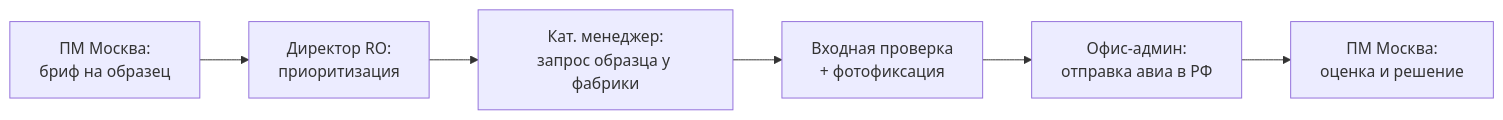
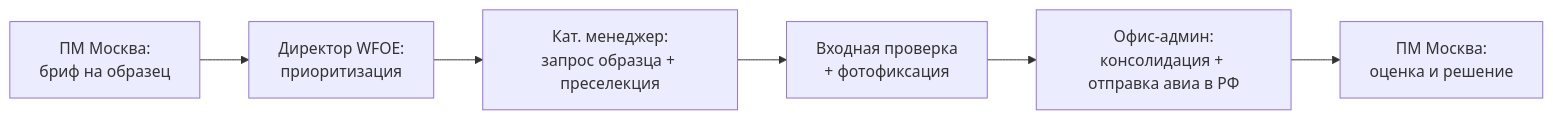
One commit to SinopticsVit/resume changed the second of 8 diagrams in representative in china DM/representation/office_setup/05_horizontal_interactions_moscow.md. Above: the diagram before and after it, drawn with Mermaid. The commit also changed other lines of this file and 62 other files, not shown here.

````diff
--- a/representative in china DM/representation/office_setup/05_horizontal_interactions_moscow.md
+++ b/representative in china DM/representation/office_setup/05_horizontal_interactions_moscow.md
@@ -58,8 +66,8 @@
 ```mermaid
 flowchart LR
-    A1["ПМ Москва:<br/>бриф на образец"] --> A2["Директор RO:<br/>приоритизация"]
-    A2 --> A3["Кат. менеджер:<br/>запрос образца у фабрики"]
+    A1["ПМ Москва:<br/>бриф на образец"] --> A2["Директор WFOE:<br/>приоритизация"]
+    A2 --> A3["Кат. менеджер:<br/>запрос образца + преселекция"]
     A3 --> A4["Входная проверка<br/>+ фотофиксация"]
-    A4 --> A5["Офис-админ:<br/>отправка авиа в РФ"]
+    A4 --> A5["Офис-админ:<br/>консолидация + отправка авиа в РФ"]
     A5 --> A6["ПМ Москва:<br/>оценка и решение"]
 ```
````
